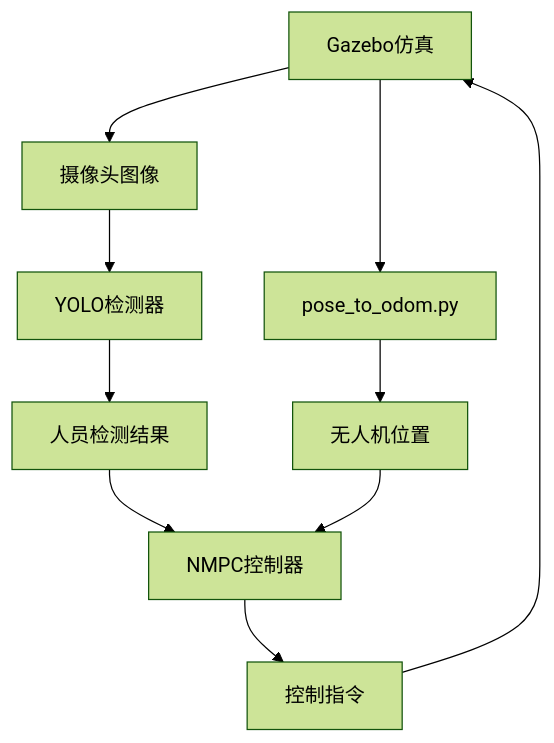
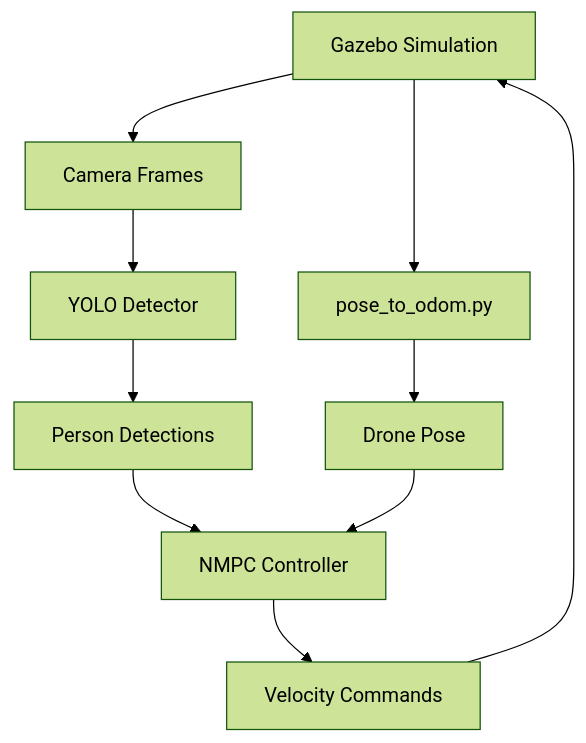
Before and after one commit to zuoyangjkpi/DroneSim: the diagram in README.md, drawn with Mermaid (forest theme). The commit also changed other lines of this file and 33 other files, not shown here.

````diff
--- a/README.md
+++ b/README.md
@@ -203,13 +203,13 @@
 ```mermaid
 graph TD
-    A[Gazebo仿真] --> B[摄像头图像]
-    B --> C[YOLO检测器]
-    C --> D[人员检测结果]
-    D --> E[NMPC控制器]
-    F[无人机位置] --> E
-    E --> G[控制指令]
+    A[Gazebo Simulation] --> B[Camera Frames]
+    B --> C[YOLO Detector]
+    C --> D[Person Detections]
+    D --> E[NMPC Controller]
+    F[Drone Pose] --> E
+    E --> G[Velocity Commands]
     G --> A
     
     H[pose_to_odom.py] --> F
     A --> H
 ```
````
